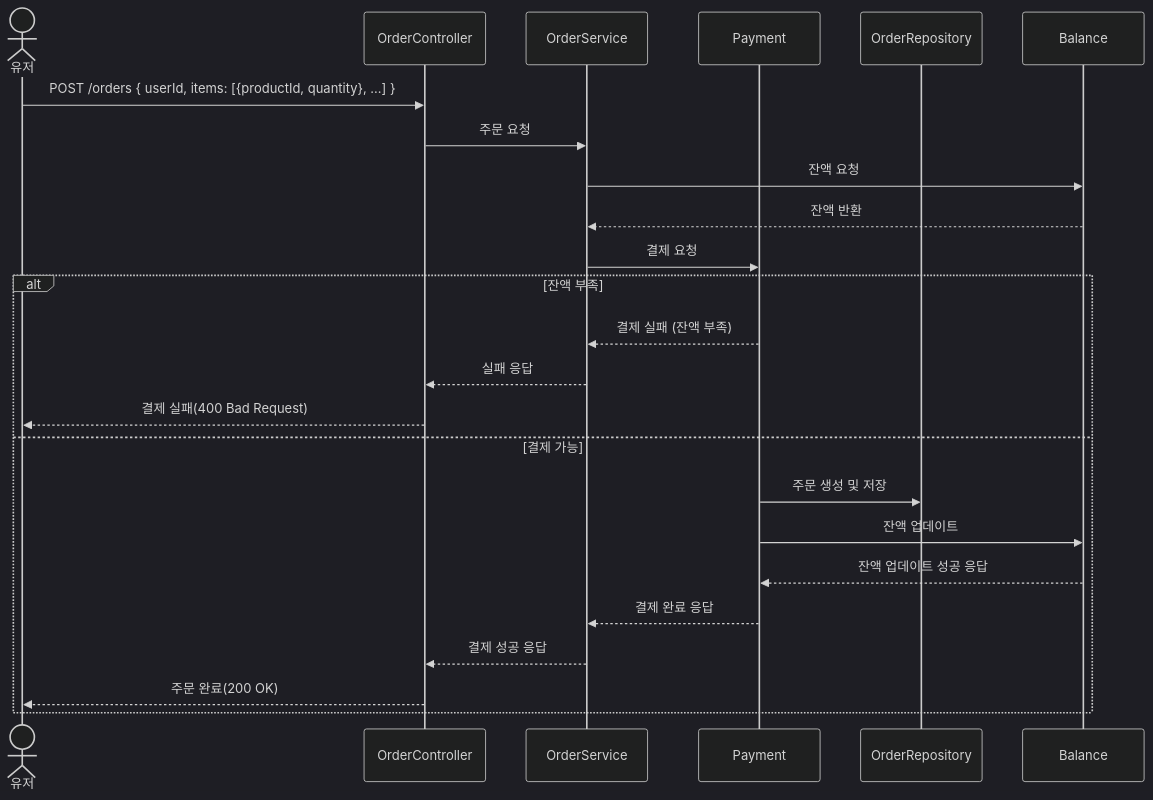
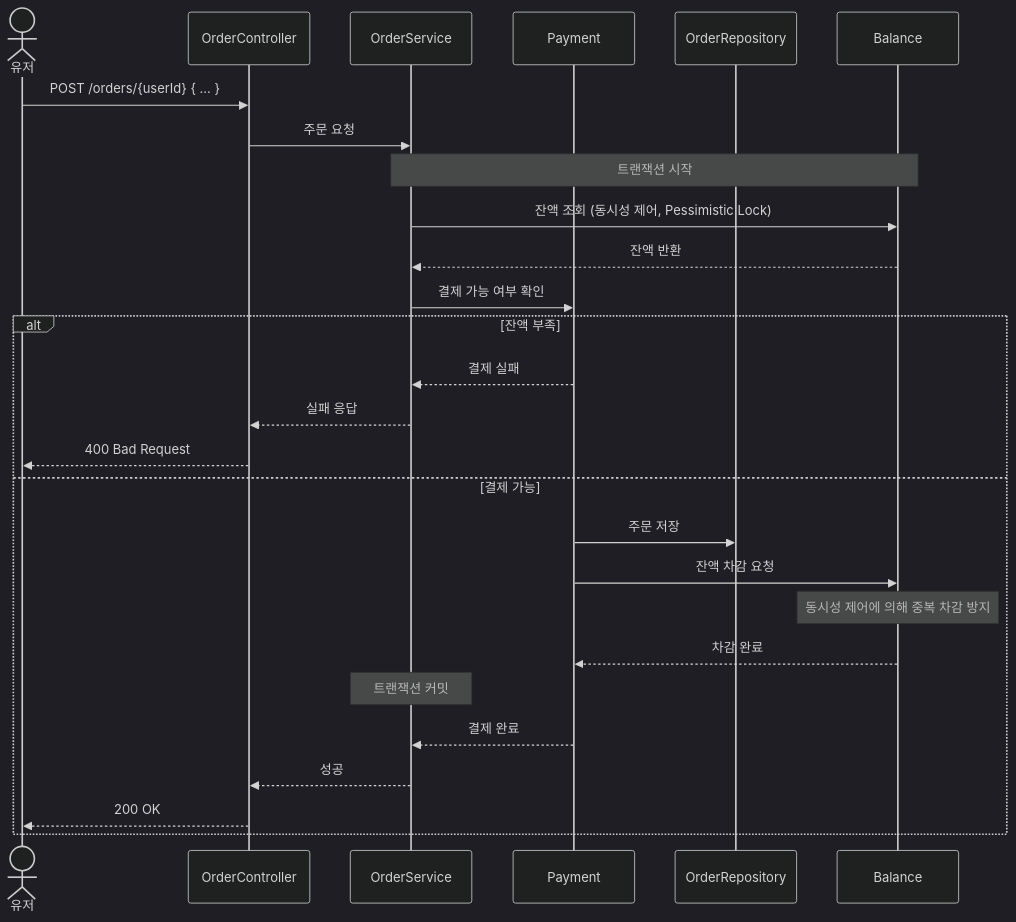
One commit to bskjp1004/hhplus-ecommerce-server changed the second of 3 diagrams in docs/sequenceDiagrams.md. Above: the diagram before and after it, drawn with Mermaid (dark theme). The commit also changed other lines of this file, not shown here.

Commit message:
docs: 시퀀스 다이어그램 수정(동시성 제어 개념 추가, 엔드포인트 경로 수정)

````diff
--- a/docs/sequenceDiagrams.md
+++ b/docs/sequenceDiagrams.md
@@ -41,27 +46,33 @@
 ```mermaid
 sequenceDiagram
     actor 유저
     participant OrderController
     participant OrderService
     participant Payment
     participant OrderRepository
     participant Balance
 
-    유저->>OrderController: POST /orders { userId, items: [{productId, quantity}, ...] }
+    유저->>OrderController: POST /orders/{userId} { ... }
     OrderController->>OrderService: 주문 요청
-    OrderService->>Balance: 잔액 요청
+
+    note over OrderService,Balance: 트랜잭션 시작
+    OrderService->>Balance: 잔액 조회 (동시성 제어, Pessimistic Lock)
+
     Balance-->>OrderService: 잔액 반환
-    OrderService->>Payment: 결제 요청
+
+    OrderService->>Payment: 결제 가능 여부 확인
     alt 잔액 부족
-        Payment-->>OrderService: 결제 실패 (잔액 부족)
+        Payment-->>OrderService: 결제 실패
         OrderService-->>OrderController: 실패 응답
-        OrderController-->>유저: 결제 실패(400 Bad Request)
+        OrderController-->>유저: 400 Bad Request
     else 결제 가능
-        Payment->>OrderRepository: 주문 생성 및 저장
-        Payment->>Balance: 잔액 업데이트
-        Balance-->>Payment: 잔액 업데이트 성공 응답
-        Payment-->>OrderService: 결제 완료 응답
-        OrderService-->>OrderController: 결제 성공 응답
-        OrderController-->>유저: 주문 완료(200 OK)
+        Payment->>OrderRepository: 주문 저장
+        Payment->>Balance: 잔액 차감 요청
+        note over Balance: 동시성 제어에 의해 중복 차감 방지
+        Balance-->>Payment: 차감 완료
+        note over OrderService: 트랜잭션 커밋
+        Payment-->>OrderService: 결제 완료
+        OrderService-->>OrderController: 성공
+        OrderController-->>유저: 200 OK
     end
 ```
````
